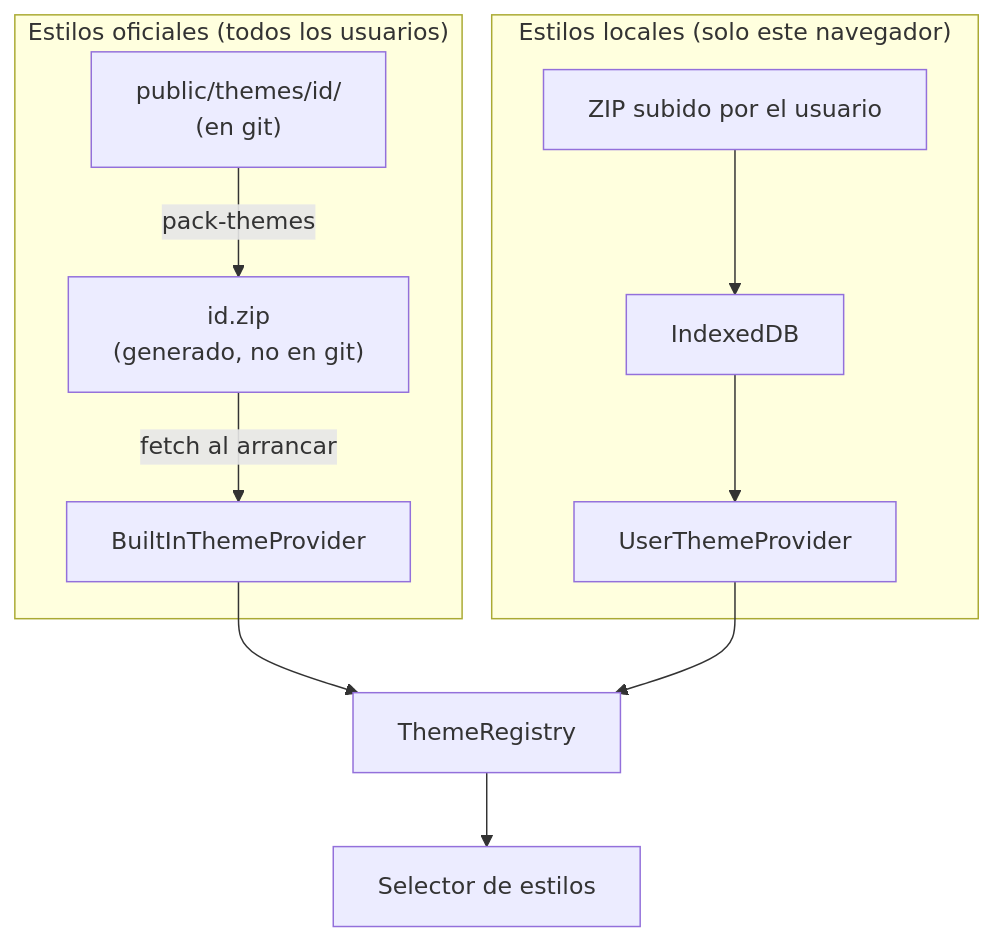
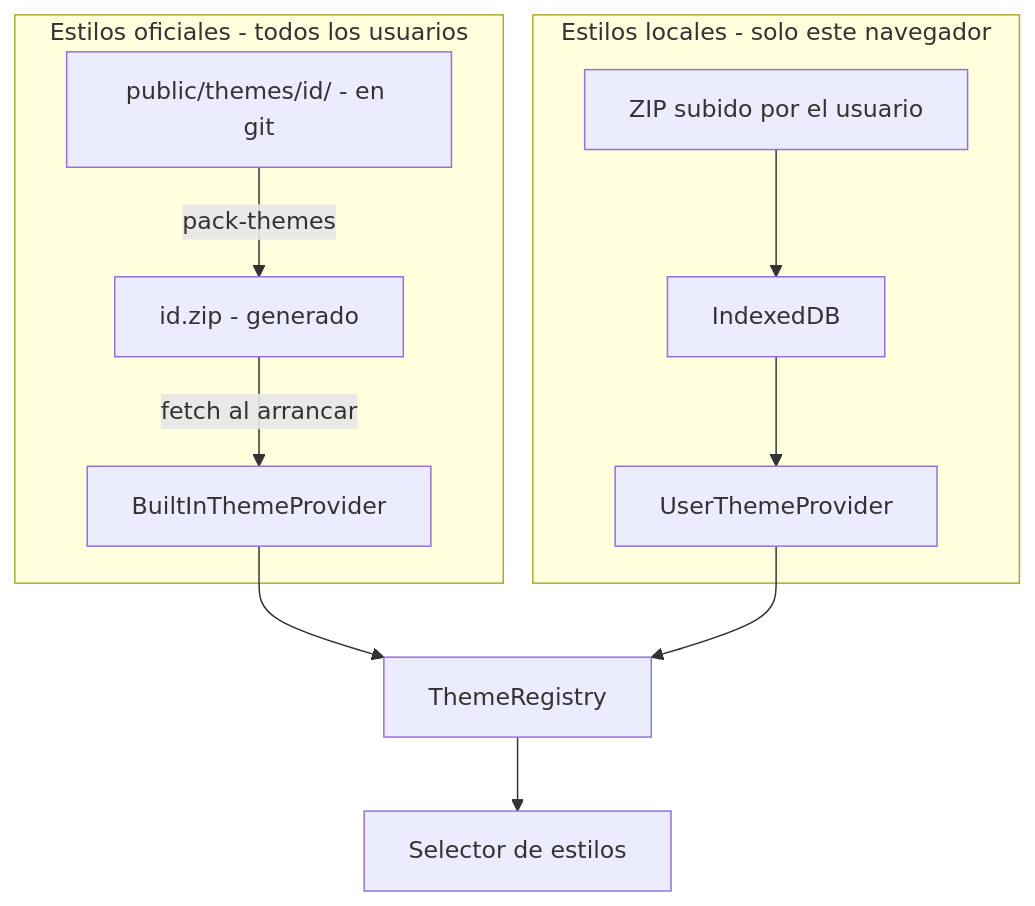
Before and after one commit to MarioFlorido/BUA-convertidor-exe: the second of 3 diagrams in docs/architecture/ARCHITECTURE.md, drawn with Mermaid. The commit also changed other lines of this file and 2 other files, not shown here.

Commit message:
docs: simplificar sintaxis Mermaid - eliminar caracteres especiales

````diff
--- a/docs/architecture/ARCHITECTURE.md
+++ b/docs/architecture/ARCHITECTURE.md
@@ -49,14 +49,14 @@
 ```mermaid
 flowchart TD
-    subgraph Oficiales["Estilos oficiales (todos los usuarios)"]
-        Repo["public/themes/id/\n(en git)"] -->|pack-themes| ZIP["id.zip\n(generado, no en git)"]
+    subgraph Oficiales[Estilos oficiales - todos los usuarios]
+        Repo[public/themes/id/ - en git] -->|pack-themes| ZIP[id.zip - generado]
         ZIP -->|fetch al arrancar| BIP[BuiltInThemeProvider]
     end
-    subgraph Locales["Estilos locales (solo este navegador)"]
+    subgraph Locales[Estilos locales - solo este navegador]
         Upload[ZIP subido por el usuario] --> IDB[IndexedDB]
         IDB --> UTP[UserThemeProvider]
     end
     BIP --> Reg[ThemeRegistry]
     UTP --> Reg
     Reg --> Sel[Selector de estilos]
 ```
````
